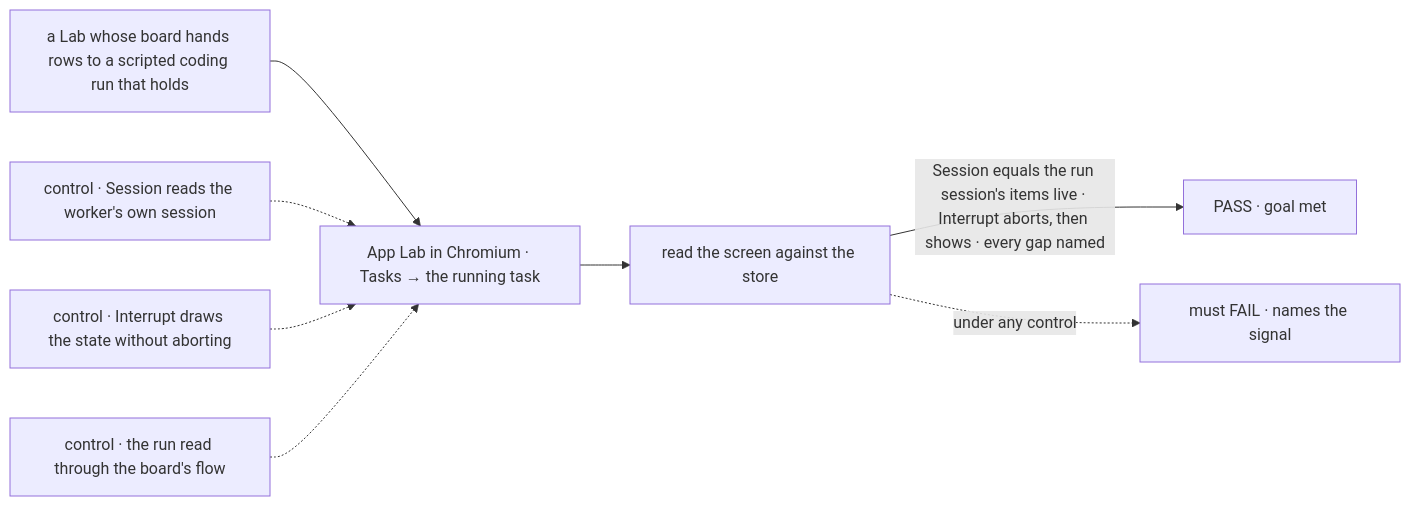
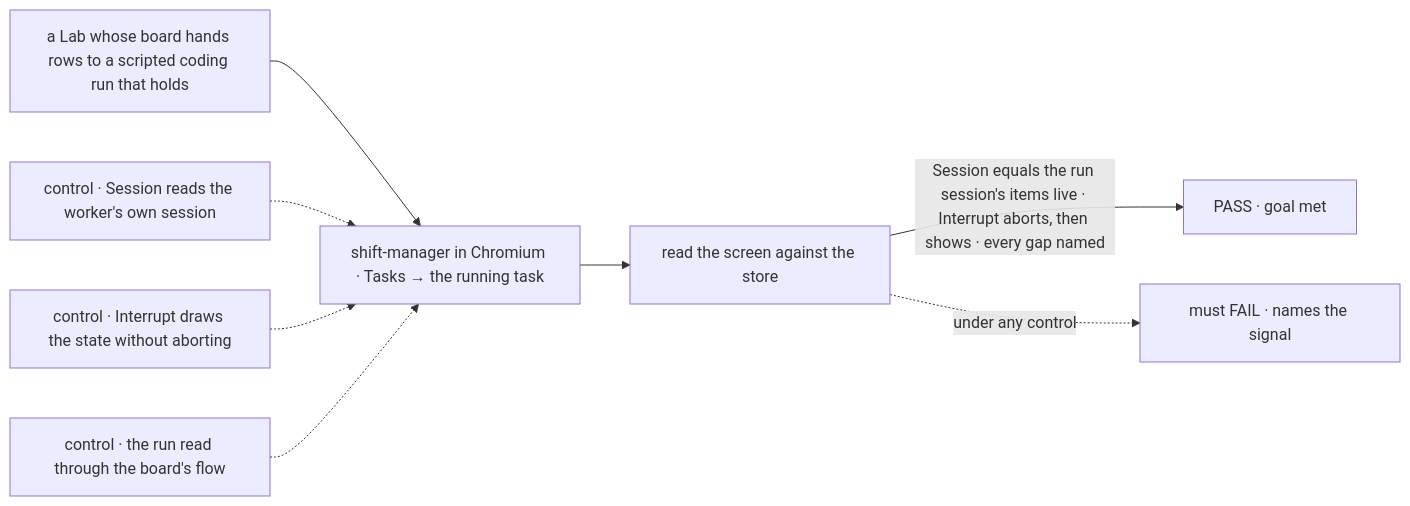
Before and after one commit to fixpoint-labs/flow-state-dev: the first of 2 diagrams in specs/issues/FIX-1664/SPEC.md, drawn with Mermaid. The commit also changed other lines of this file and 383 other files, not shown here.

First line of the commit message:
refactor: rename app-lab to shift-manager (FIX-1706)

````diff
--- a/specs/issues/FIX-1664/SPEC.md
+++ b/specs/issues/FIX-1664/SPEC.md
@@ -36,10 +36,10 @@
 ```mermaid
 flowchart LR
-  L["a Lab whose board hands rows to a scripted coding run that holds"] --> A["App Lab in Chromium · Tasks → the running task"]
+  L["a Lab whose board hands rows to a scripted coding run that holds"] --> A["shift-manager in Chromium · Tasks → the running task"]
   A --> R["read the screen against the store"]
   R -->|"Session equals the run session's items live · Interrupt aborts, then shows · every gap named"| P["PASS · goal met"]
   C1["control · Session reads the worker's own session"] -.-> A
   C2["control · Interrupt draws the state without aborting"] -.-> A
   C3["control · the run read through the board's flow"] -.-> A
   R -.->|"under any control"| F["must FAIL · names the signal"]
 ```
````
